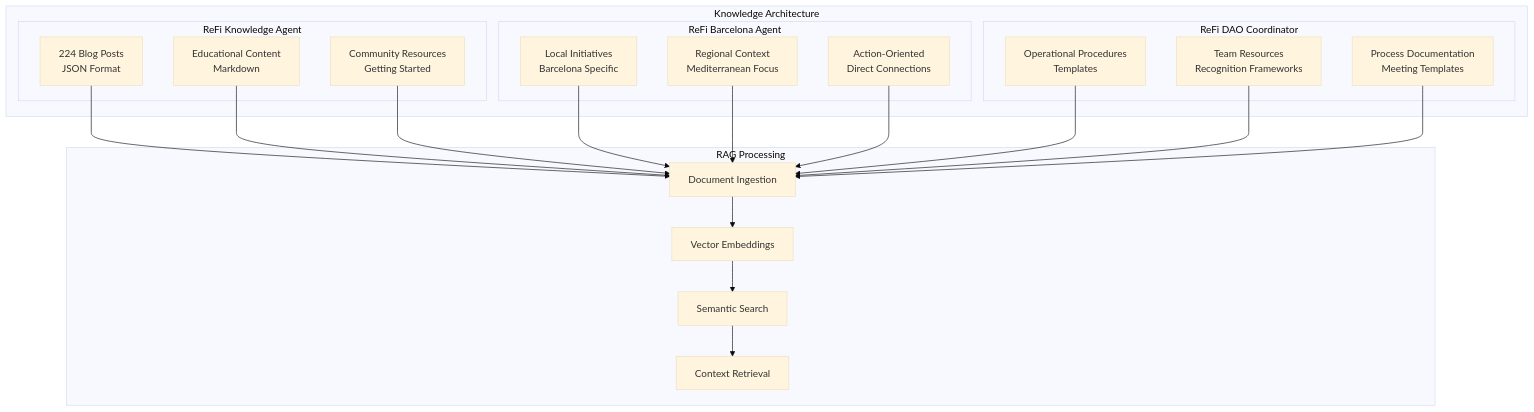
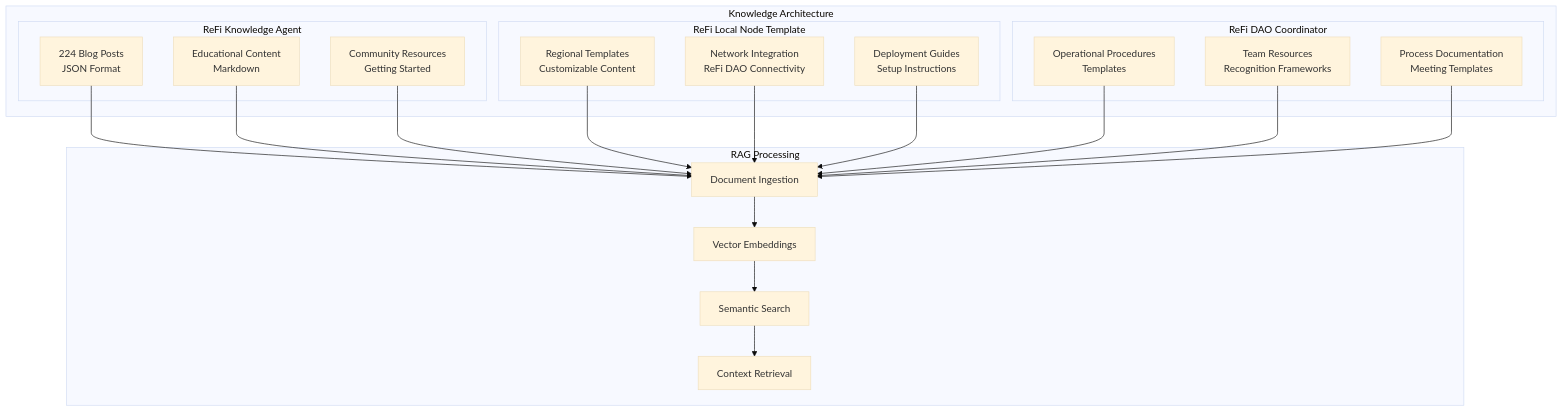
The tenth of 10 diagrams in README_full.md (ReFiDAO/regen_eliza-refi_dao), drawn with Mermaid (base theme) before and after one commit. The commit also changed other lines of this file and 1 other file, not shown here.

First line of the commit message:
docs: simplify and reorganize Mermaid diagrams for better clarity

````diff
--- a/README_full.md
+++ b/README_full.md
@@ -653,43 +695,43 @@
 ```mermaid
 graph TB
     subgraph "Knowledge Architecture"
         subgraph "ReFi Knowledge Agent"
             KB1[224 Blog Posts<br/>JSON Format]
             KB2[Educational Content<br/>Markdown]
             KB3[Community Resources<br/>Getting Started]
         end
         
-        subgraph "ReFi Barcelona Agent"
-            KB4[Local Initiatives<br/>Barcelona Specific]
-            KB5[Regional Context<br/>Mediterranean Focus]
-            KB6[Action-Oriented<br/>Direct Connections]
+        subgraph "ReFi Local Node Template"
+            KB4[Regional Templates<br/>Customizable Content]
+            KB5[Network Integration<br/>ReFi DAO Connectivity]
+            KB6[Deployment Guides<br/>Setup Instructions]
         end
         
         subgraph "ReFi DAO Coordinator"
             KB7[Operational Procedures<br/>Templates]
             KB8[Team Resources<br/>Recognition Frameworks]
             KB9[Process Documentation<br/>Meeting Templates]
         end
     end
     
     subgraph "RAG Processing"
         RP1[Document Ingestion]
         RP2[Vector Embeddings]
         RP3[Semantic Search]
         RP4[Context Retrieval]
     end
     
     KB1 --> RP1
     KB2 --> RP1
     KB3 --> RP1
     KB4 --> RP1
     KB5 --> RP1
     KB6 --> RP1
     KB7 --> RP1
     KB8 --> RP1
     KB9 --> RP1
     
     RP1 --> RP2
     RP2 --> RP3
     RP3 --> RP4
 ```
````
